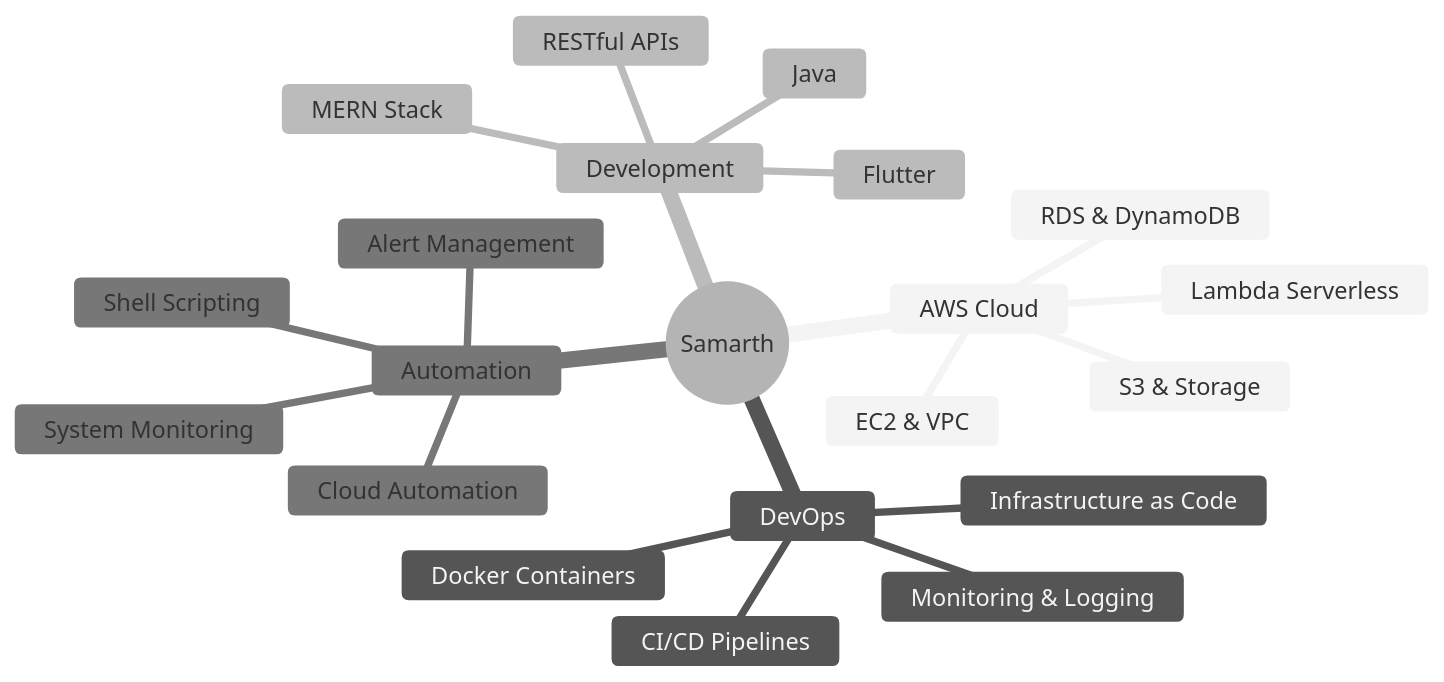
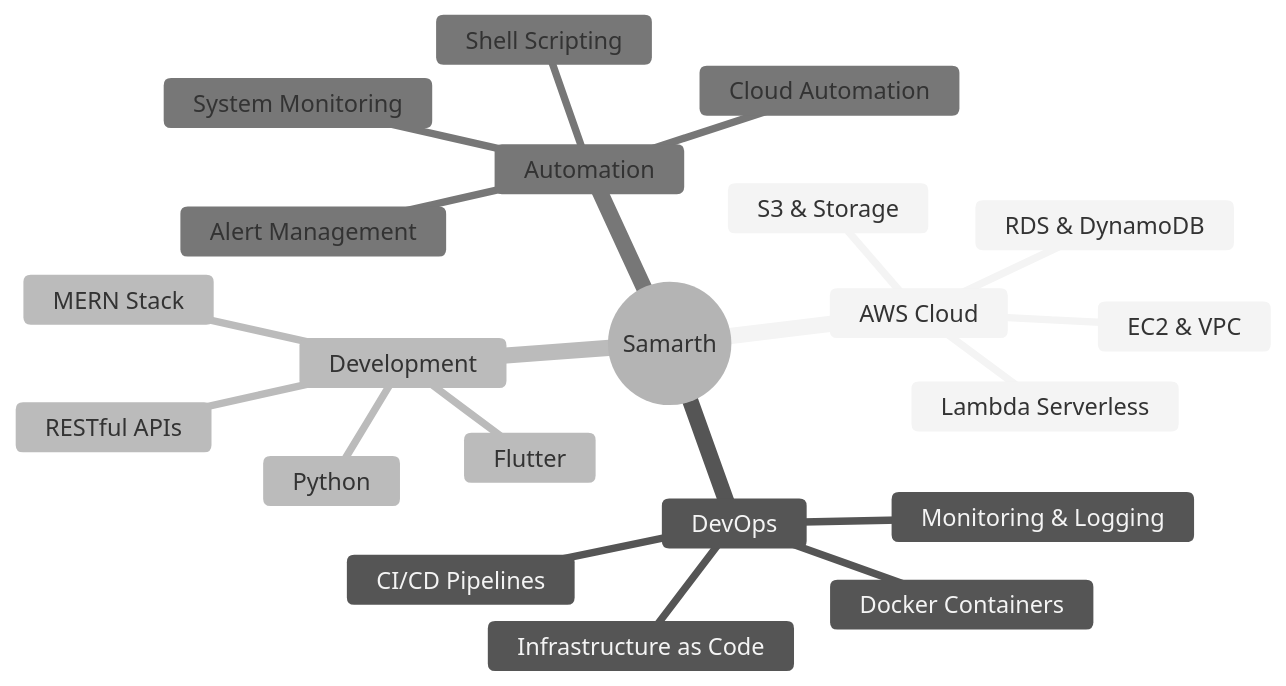
Before and after one commit to samarthfunde/samarthfunde: the diagram in README.md, drawn with Mermaid (neutral theme).

````diff
--- a/README.md
+++ b/README.md
@@ -214,24 +214,24 @@
 ```mermaid
 mindmap
   root((Samarth))
     AWS Cloud
       EC2 & VPC
       S3 & Storage
       Lambda Serverless
       RDS & DynamoDB
     DevOps
       Docker Containers
       CI/CD Pipelines
       Infrastructure as Code
       Monitoring & Logging
     Development
       MERN Stack
-      Java
+      Python
       Flutter
       RESTful APIs
     Automation
       Shell Scripting
       Cloud Automation
       System Monitoring
       Alert Management
 ```
````
